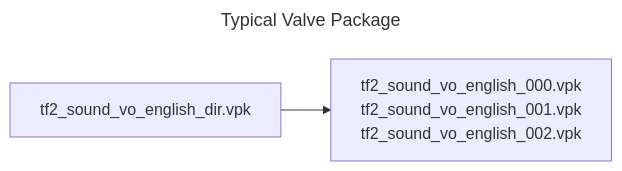
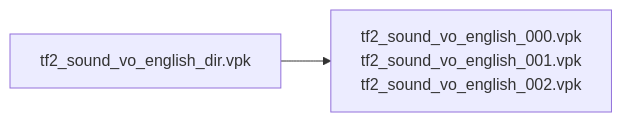
One commit to AlexisAndA/source2blender changed the first of 3 diagrams in src/general-information.md. Above: the diagram before and after it, drawn with Mermaid. The commit also changed other lines of this file and 4 other files, not shown here.

Commit message:
Add Diagrams And GIFs

````diff
--- a/src/general-information.md
+++ b/src/general-information.md
@@ -19,10 +19,7 @@
 ```mermaid
----
-title: Typical Valve Package
----
 flowchart LR
     newLines["`tf2_sound_vo_english_000.vpk
     tf2_sound_vo_english_001.vpk
     tf2_sound_vo_english_002.vpk`"]
     tf2_sound_vo_english_dir.vpk --> newLines
 ```
````
